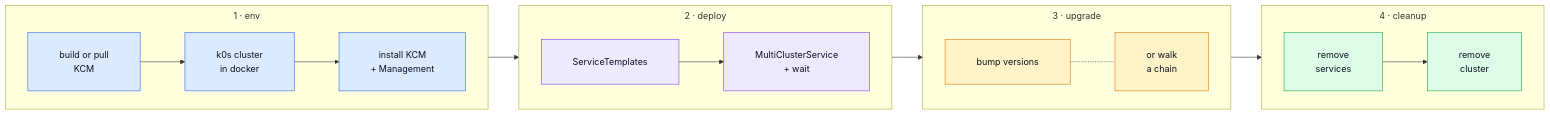
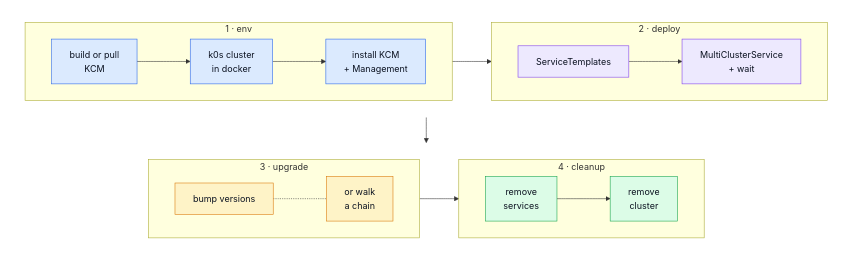
The first of 2 diagrams in README.md (josef-hak/k0rdent-ksm-tests), drawn with Mermaid before and after one commit.

Commit message:
docs: lay the run diagram out in two rows

````diff
--- a/README.md
+++ b/README.md
@@ -20,35 +20,44 @@
 ```mermaid
-%%{init: {'flowchart': {'padding': 28, 'nodeSpacing': 45, 'rankSpacing': 55, 'subGraphTitleMargin': {'top': 6, 'bottom': 10}}}}%%
-flowchart LR
-    subgraph P1["1 · env"]
+%%{init: {'flowchart': {'padding': 16, 'nodeSpacing': 40, 'rankSpacing': 45}}}%%
+flowchart TB
+    subgraph ROW1[" "]
         direction LR
-        E1["build or pull<br/>KCM"] --> E2["k0s cluster<br/>in docker"] --> E3["install KCM<br/>+ Management"]
+        subgraph P1["1 · env"]
+            direction LR
+            E1["build or pull<br/>KCM"] --> E2["k0s cluster<br/>in docker"] --> E3["install KCM<br/>+ Management"]
+        end
+        subgraph P2["2 · deploy"]
+            direction LR
+            D1["ServiceTemplates"] --> D2["MultiClusterService<br/>+ wait"]
+        end
+        P1 --> P2
     end
 
-    subgraph P2["2 · deploy"]
+    subgraph ROW2[" "]
         direction LR
-        D1["ServiceTemplates"] --> D2["MultiClusterService<br/>+ wait"]
+        subgraph P3["3 · upgrade"]
+            direction LR
+            U1["bump versions"] -.- U2["or walk<br/>a chain"]
+        end
+        subgraph P4["4 · cleanup"]
+            direction LR
+            C1["remove<br/>services"] --> C2["remove<br/>cluster"]
+        end
+        P3 --> P4
     end
 
-    subgraph P3["3 · upgrade"]
-        direction LR
-        U1["bump versions"] -.- U2["or walk<br/>a chain"]
-    end
+    ROW1 --> ROW2
 
-    subgraph P4["4 · cleanup"]
-        direction LR
-        C1["remove<br/>services"] --> C2["remove<br/>cluster"]
-    end
-
-    P1 --> P2 --> P3 --> P4
+    classDef row fill:none,stroke:none
+    class ROW1,ROW2 row
 
     classDef env fill:#dbeafe,stroke:#2563eb,color:#0b1220
     classDef dep fill:#ede9fe,stroke:#7c3aed,color:#0b1220
     classDef upg fill:#fef3c7,stroke:#d97706,color:#0b1220
     classDef out fill:#dcfce7,stroke:#16a34a,color:#0b1220
 
     class E1,E2,E3 env
     class D1,D2 dep
     class U1,U2 upg
     class C1,C2 out
 ```
````
